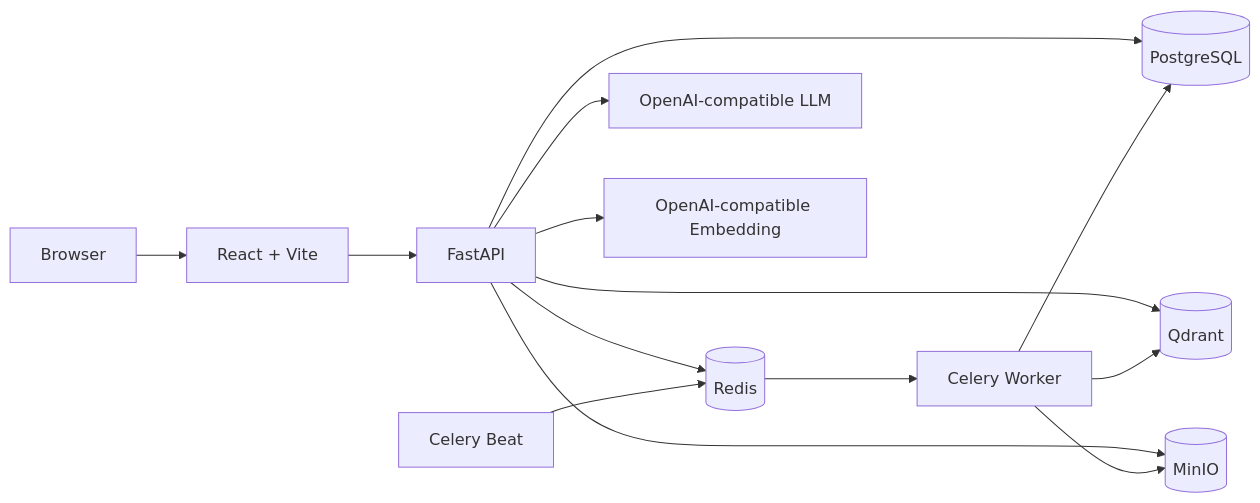
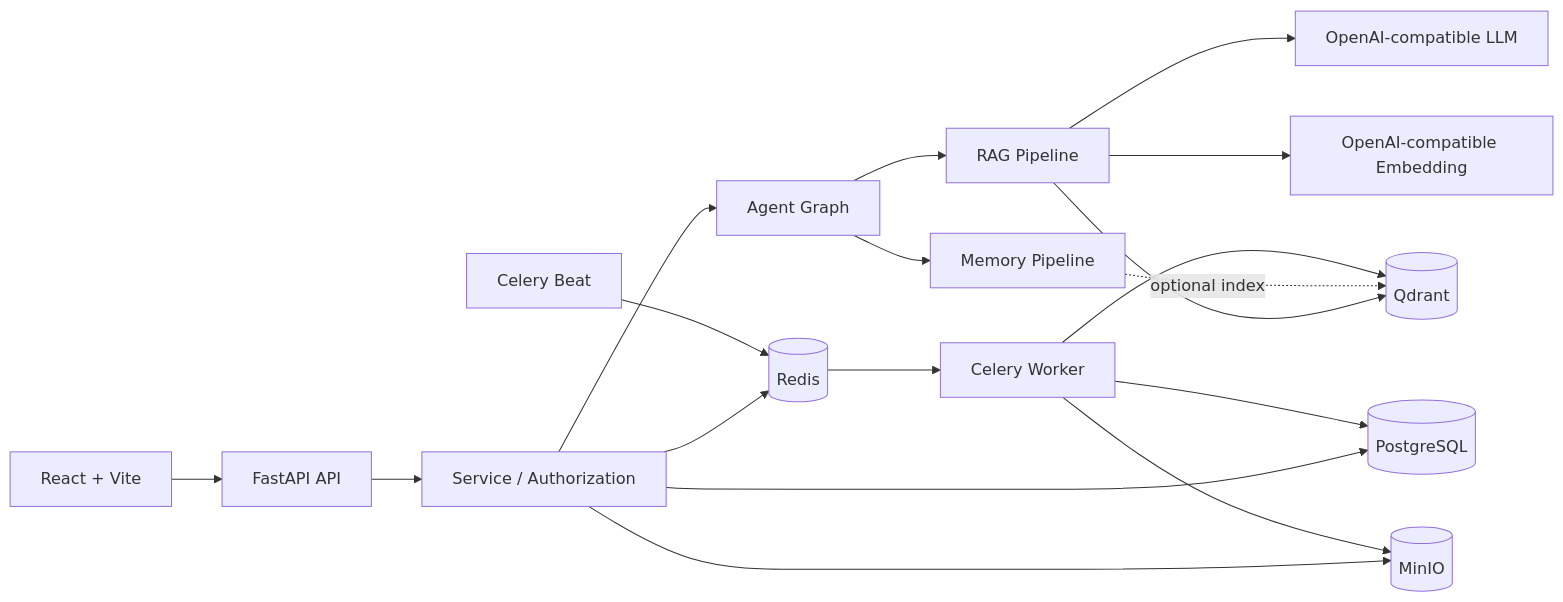
The diagram in README.md (ShuoLiu0603/knowledge-work-assistant), drawn with Mermaid before and after one commit. The commit also changed other lines of this file and 30 other files, not shown here.

````diff
--- a/README.md
+++ b/README.md
@@ -25,16 +38,22 @@
 ```mermaid
 flowchart LR
-    U[Browser] --> FE[React + Vite]
-    FE --> API[FastAPI]
-    API --> PG[(PostgreSQL)]
-    API --> REDIS[(Redis)]
-    API --> QD[(Qdrant)]
-    API --> MINIO[(MinIO)]
-    API --> LLM[OpenAI-compatible LLM]
-    API --> EMB[OpenAI-compatible Embedding]
-    REDIS --> WORKER[Celery Worker]
-    BEAT[Celery Beat] --> REDIS
-    WORKER --> PG
-    WORKER --> QD
-    WORKER --> MINIO
+    Browser[React + Vite] --> API[FastAPI API]
+    API --> Services[Service / Authorization]
+    Services --> Agent[Agent Graph]
+    Agent --> RAG[RAG Pipeline]
+    Agent --> Memory[Memory Pipeline]
+
+    Services --> PG[(PostgreSQL)]
+    Services --> Redis[(Redis)]
+    Services --> MinIO[(MinIO)]
+    RAG --> Qdrant[(Qdrant)]
+    Memory -. optional index .-> Qdrant
+    RAG --> LLM[OpenAI-compatible LLM]
+    RAG --> Embedding[OpenAI-compatible Embedding]
+
+    Redis --> Worker[Celery Worker]
+    Beat[Celery Beat] --> Redis
+    Worker --> PG
+    Worker --> MinIO
+    Worker --> Qdrant
 ```
````
